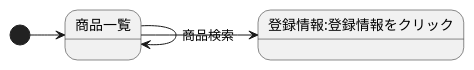
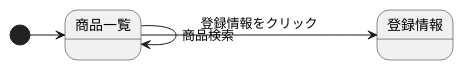
One commit to Aso2001195/2021sys-design changed the diagram in kadai7.md. Above: the diagram before and after it, drawn with PlantUML.

````diff
--- a/kadai7.md
+++ b/kadai7.md
@@ -1,7 +1,7 @@
 ```uml
 @startuml
 [*] -> 商品一覧
 商品一覧 -> 商品一覧 :商品検索
-商品一覧 -> 登録情報:登録情報をクリック
+商品一覧 -> 登録情報: 登録情報をクリック
 @enduml
 ```
````
